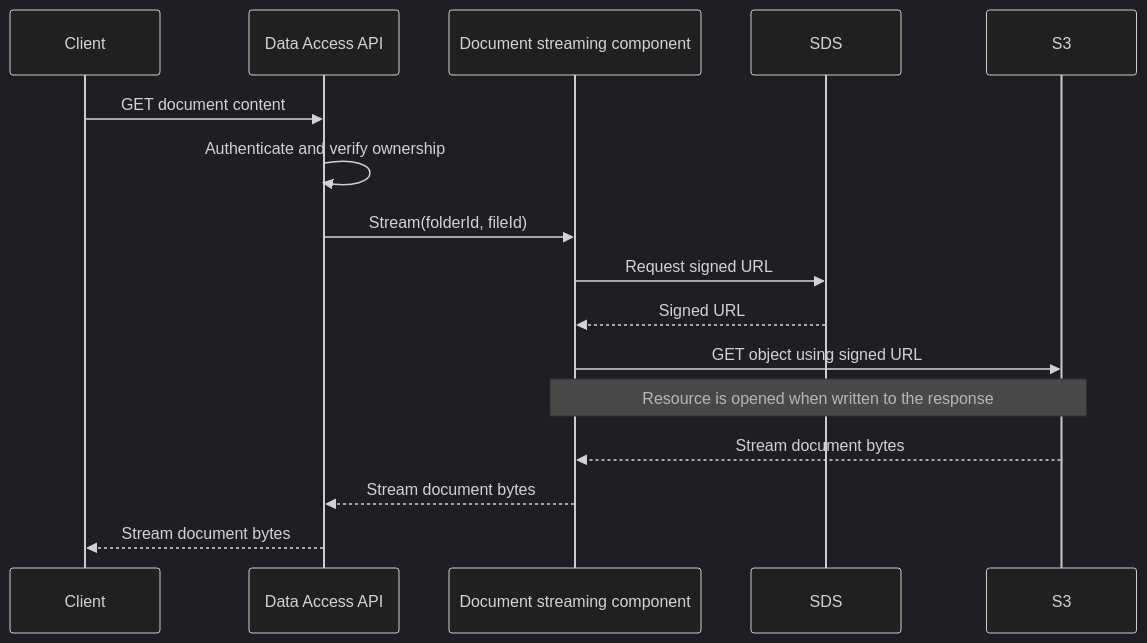
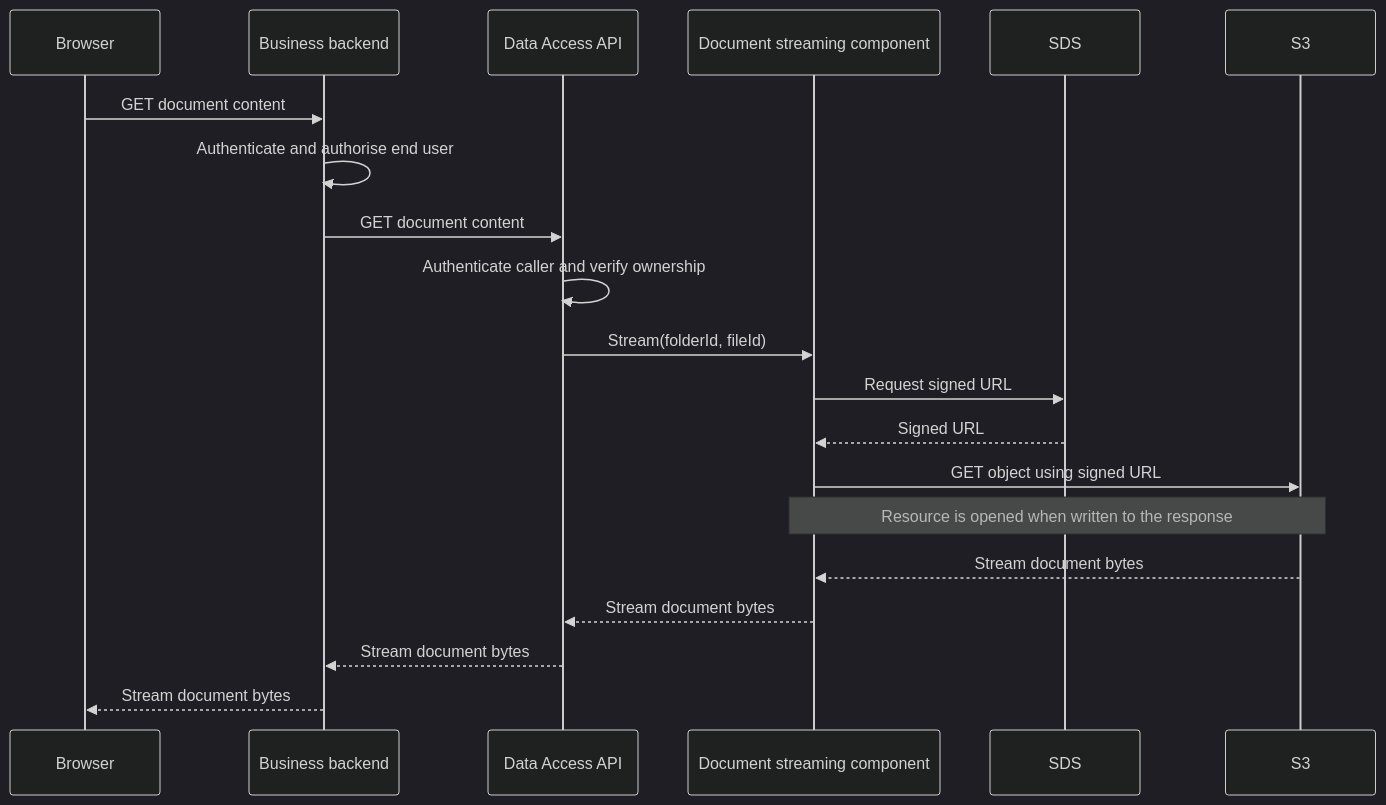
Before and after one commit to ministryofjustice/laa-data-access-api: the first of 2 diagrams in data-access-service-axon/docs/adr/0004-proxy-prior-authority-document-downloads.md, drawn with Mermaid (dark theme). The commit also changed other lines of this file and 7 other files, not shown here.

````diff
--- a/data-access-service-axon/docs/adr/0004-proxy-prior-authority-document-downloads.md
+++ b/data-access-service-axon/docs/adr/0004-proxy-prior-authority-document-downloads.md
@@ -65,19 +84,23 @@
 ```mermaid
 sequenceDiagram
-  participant Client
+  participant Browser
+  participant Business as Business backend
   participant API as Data Access API
   participant Stream as Document streaming component
   participant SDS
   participant S3
 
-  Client->>API: GET document content
-  API->>API: Authenticate and verify ownership
+  Browser->>Business: GET document content
+  Business->>Business: Authenticate and authorise end user
+  Business->>API: GET document content
+  API->>API: Authenticate caller and verify ownership
   API->>Stream: Stream(folderId, fileId)
   Stream->>SDS: Request signed URL
   SDS-->>Stream: Signed URL
   Stream->>S3: GET object using signed URL
   Note over Stream,S3: Resource is opened when written to the response
   S3-->>Stream: Stream document bytes
   Stream-->>API: Stream document bytes
-  API-->>Client: Stream document bytes
+  API-->>Business: Stream document bytes
+  Business-->>Browser: Stream document bytes
 ```
````
